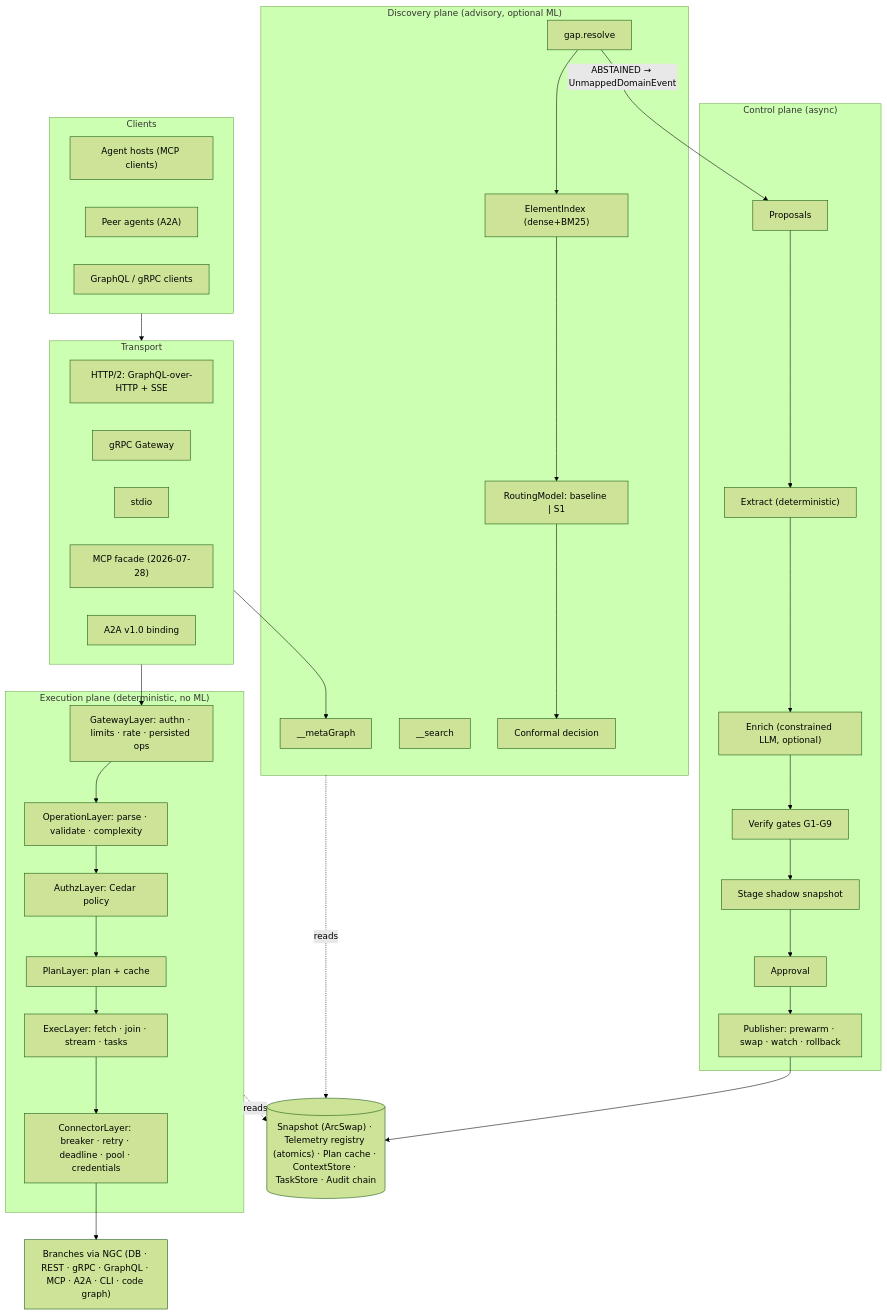
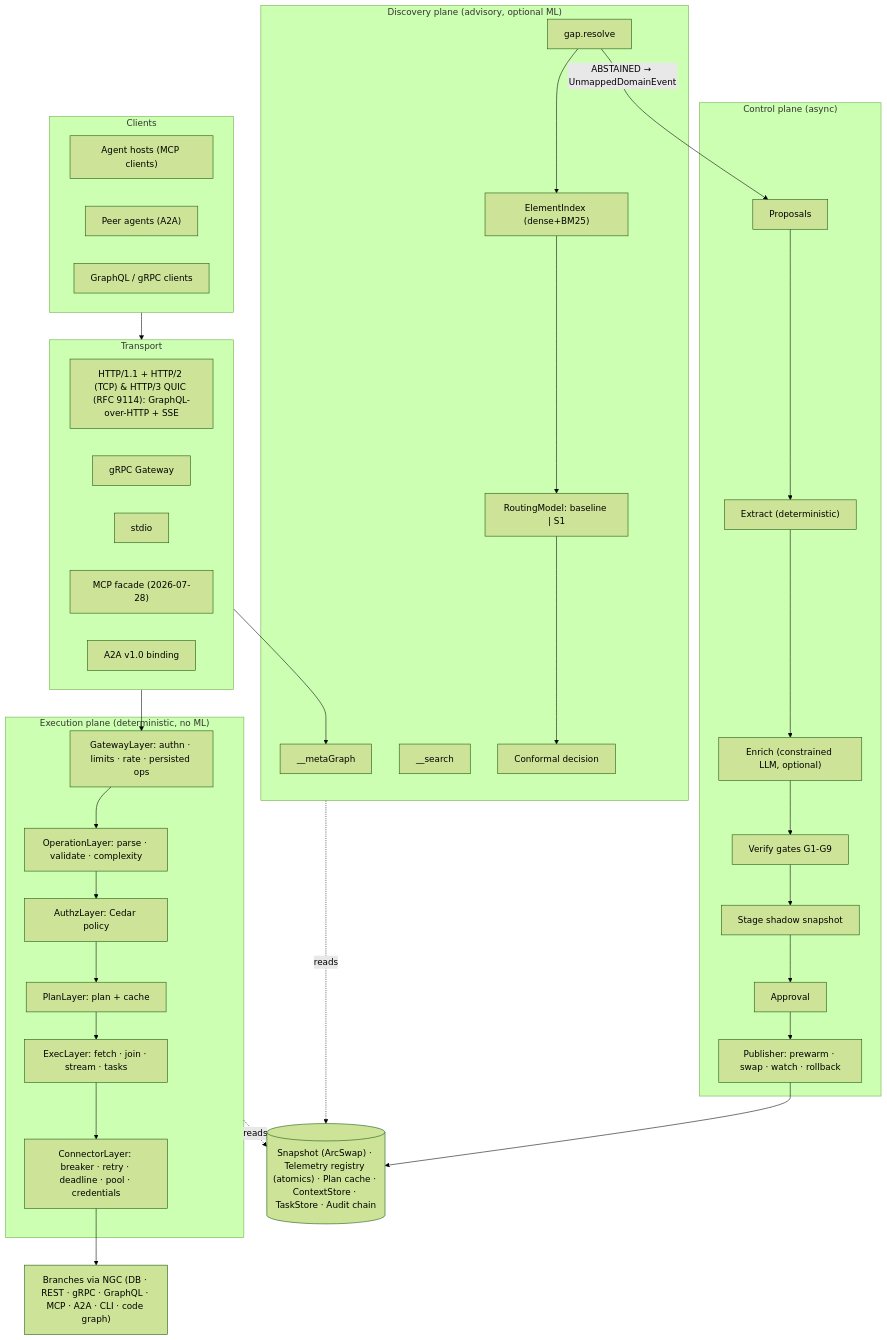
Before and after one commit to vnknowledge2014/GraphProtocol: the diagram in spec/01-architecture.md, drawn with Mermaid (forest theme). The commit also changed other lines of this file and 103 other files, not shown here.

First line of the commit message:
feat(protocol): add HTTP/3 QUIC, AG-UI v1.0, Laya/Jev/Gemini S1, paper & promo videos

````diff
--- a/spec/01-architecture.md
+++ b/spec/01-architecture.md
@@ -10,28 +10,28 @@
 ```mermaid
 flowchart TB
   subgraph Clients
     H["Agent hosts (MCP clients)"]; P["Peer agents (A2A)"]; G["GraphQL / gRPC clients"]
   end
   subgraph Edge["Transport"]
-    T1["HTTP/2: GraphQL-over-HTTP + SSE"]; T2["gRPC Gateway"]; T3["stdio"]; F1["MCP facade (2026-07-28)"]; F2["A2A v1.0 binding"]
+    T1["HTTP/1.1 + HTTP/2 (TCP) & HTTP/3 QUIC (RFC 9114): GraphQL-over-HTTP + SSE"]; T2["gRPC Gateway"]; T3["stdio"]; F1["MCP facade (2026-07-28)"]; F2["A2A v1.0 binding"]
   end
   subgraph Exec["Execution plane (deterministic, no ML)"]
     GW["GatewayLayer: authn · limits · rate · persisted ops"] --> OP["OperationLayer: parse · validate · complexity"]
     OP --> AZ["AuthzLayer: Cedar policy"] --> PL["PlanLayer: plan + cache"] --> EX["ExecLayer: fetch · join · stream · tasks"]
     EX --> CN["ConnectorLayer: breaker · retry · deadline · pool · credentials"]
   end
   subgraph Disc["Discovery plane (advisory, optional ML)"]
     MG["__metaGraph"]; SR["__search"]; RS["gap.resolve"] --> IDX["ElementIndex (dense+BM25)"] --> RR["RoutingModel: baseline | S1"] --> CF["Conformal decision"]
   end
   subgraph Ctl["Control plane (async)"]
     PR["Proposals"] --> XT["Extract (deterministic)"] --> EN["Enrich (constrained LLM, optional)"] --> VF["Verify gates G1-G9"] --> ST["Stage shadow snapshot"] --> AP["Approval"] --> PB["Publisher: prewarm · swap · watch · rollback"]
   end
   State[("Snapshot (ArcSwap) · Telemetry registry (atomics) · Plan cache · ContextStore · TaskStore · Audit chain")]
   Clients --> Edge --> GW
   Edge --> MG
   CN --> B["Branches via NGC (DB · REST · gRPC · GraphQL · MCP · A2A · CLI · code graph)"]
   RS -- "ABSTAINED → UnmappedDomainEvent" --> PR
   PB --> State
   Exec -.reads.-> State
   Disc -.reads.-> State
 ```
````
